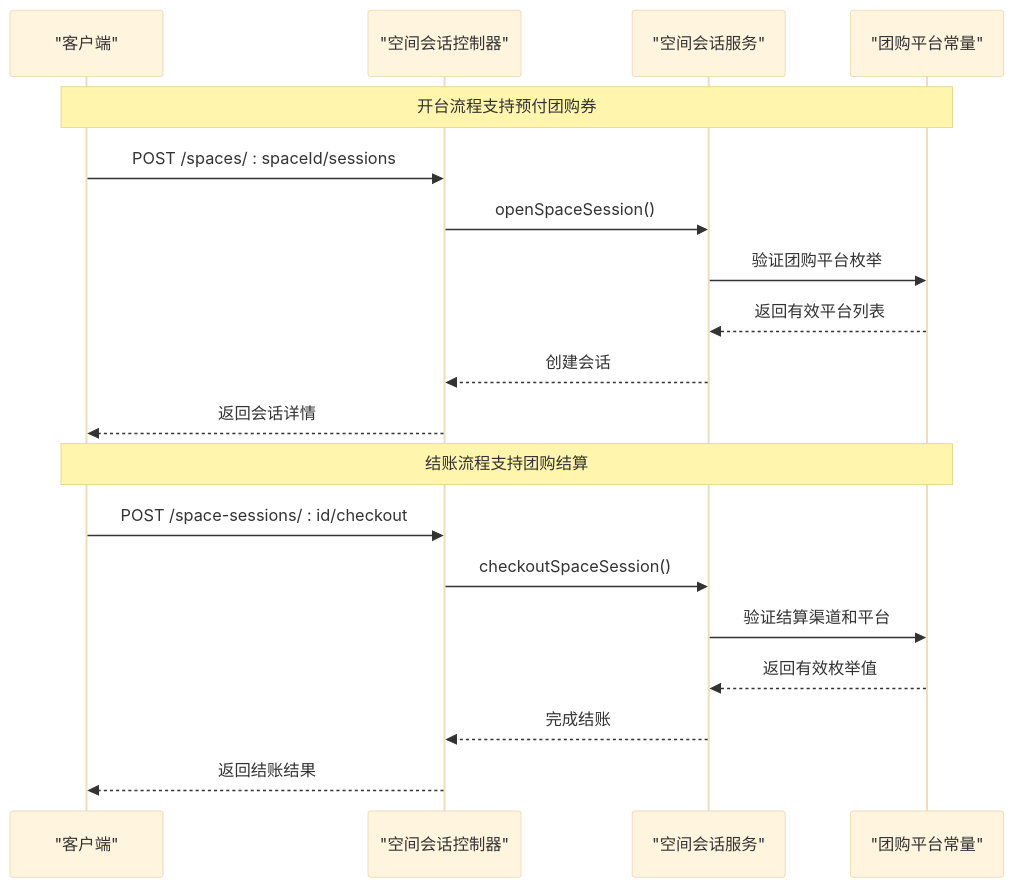
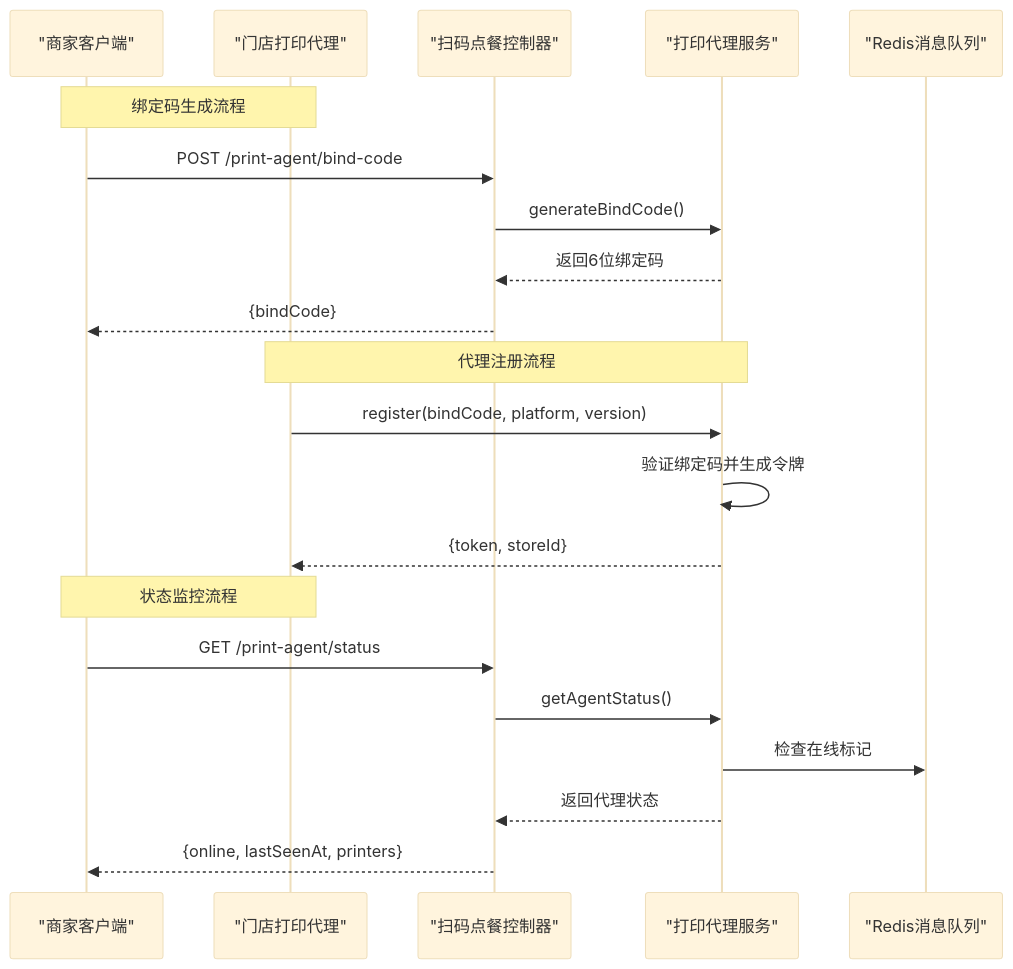
Before and after one commit to rc558620/purelyprofit-server: the fourth of 14 diagrams in .qoder/repowiki/zh/content/API 接口文档/API 接口文档.md, drawn with Mermaid (base theme). The commit also changed other lines of this file and 14 other files, not shown here.

````diff
--- a/.qoder/repowiki/zh/content/API 接口文档/API 接口文档.md
+++ b/.qoder/repowiki/zh/content/API 接口文档/API 接口文档.md
@@ -515,21 +438,23 @@
 ```mermaid
 sequenceDiagram
-participant Client as "客户端"
-participant SpaceSessionsCtrl as "空间会话控制器"
-participant SpaceSessionsService as "空间会话服务"
-participant GrouponConstants as "团购平台常量"
-Note over Client,GrouponConstants : 开台流程支持预付团购券
-Client->>SpaceSessionsCtrl : POST /spaces/ : spaceId/sessions
-SpaceSessionsCtrl->>SpaceSessionsService : openSpaceSession()
-SpaceSessionsService->>GrouponConstants : 验证团购平台枚举
-GrouponConstants-->>SpaceSessionsService : 返回有效平台列表
-SpaceSessionsService-->>SpaceSessionsCtrl : 创建会话
-SpaceSessionsCtrl-->>Client : 返回会话详情
-Note over Client,GrouponConstants : 结账流程支持团购结算
-Client->>SpaceSessionsCtrl : POST /space-sessions/ : id/checkout
-SpaceSessionsCtrl->>SpaceSessionsService : checkoutSpaceSession()
-SpaceSessionsService->>GrouponConstants : 验证结算渠道和平台
-GrouponConstants-->>SpaceSessionsService : 返回有效枚举值
-SpaceSessionsService-->>SpaceSessionsCtrl : 完成结账
-SpaceSessionsCtrl-->>Client : 返回结账结果
+participant Client as "商家客户端"
+participant Agent as "门店打印代理"
+participant Ctrl as "扫码点餐控制器"
+participant Service as "打印代理服务"
+participant Redis as "Redis消息队列"
+Note over Client,Agent : 绑定码生成流程
+Client->>Ctrl : POST /print-agent/bind-code
+Ctrl->>Service : generateBindCode()
+Service-->>Ctrl : 返回6位绑定码
+Ctrl-->>Client : {bindCode}
+Note over Agent,Service : 代理注册流程
+Agent->>Service : register(bindCode, platform, version)
+Service->>Service : 验证绑定码并生成令牌
+Service-->>Agent : {token, storeId}
+Note over Client,Agent : 状态监控流程
+Client->>Ctrl : GET /print-agent/status
+Ctrl->>Service : getAgentStatus()
+Service->>Redis : 检查在线标记
+Service-->>Ctrl : 返回代理状态
+Ctrl-->>Client : {online, lastSeenAt, printers}
 ```
````
